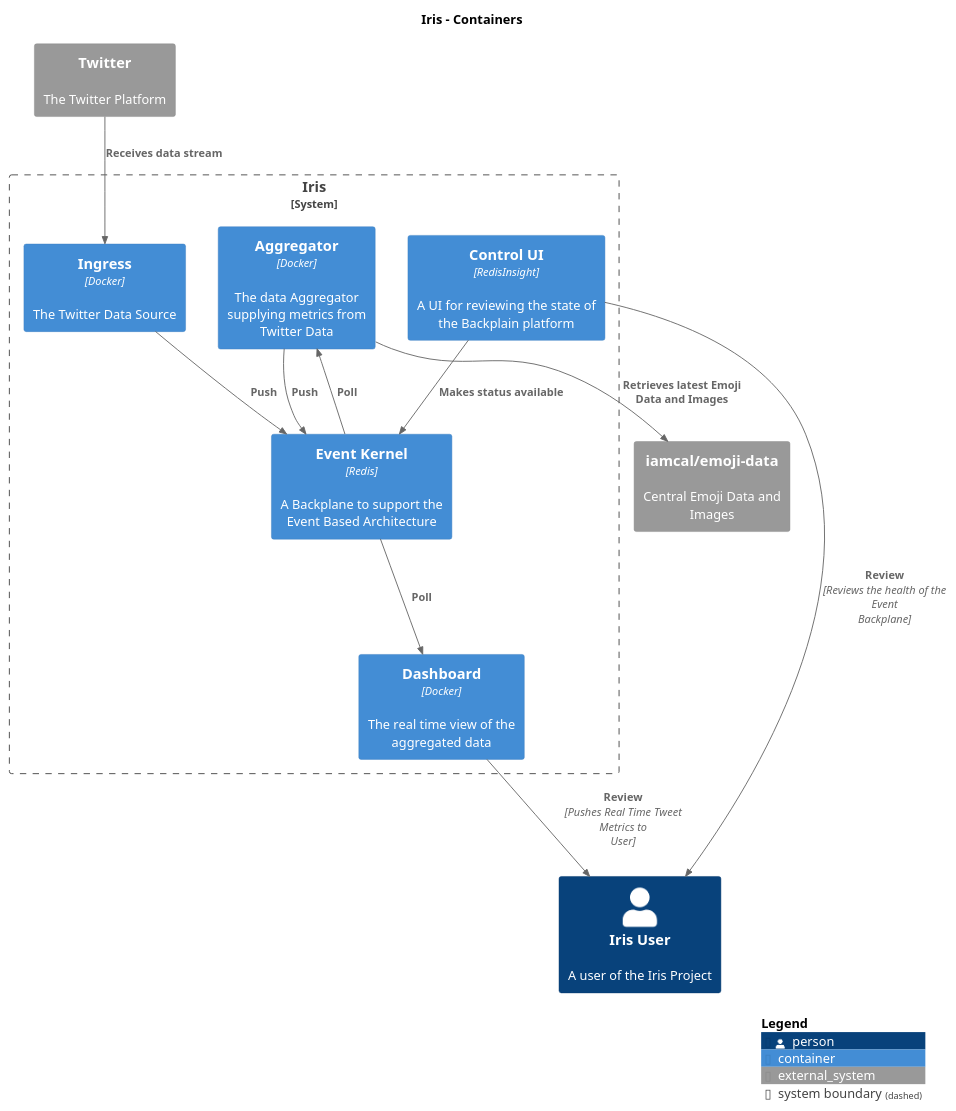
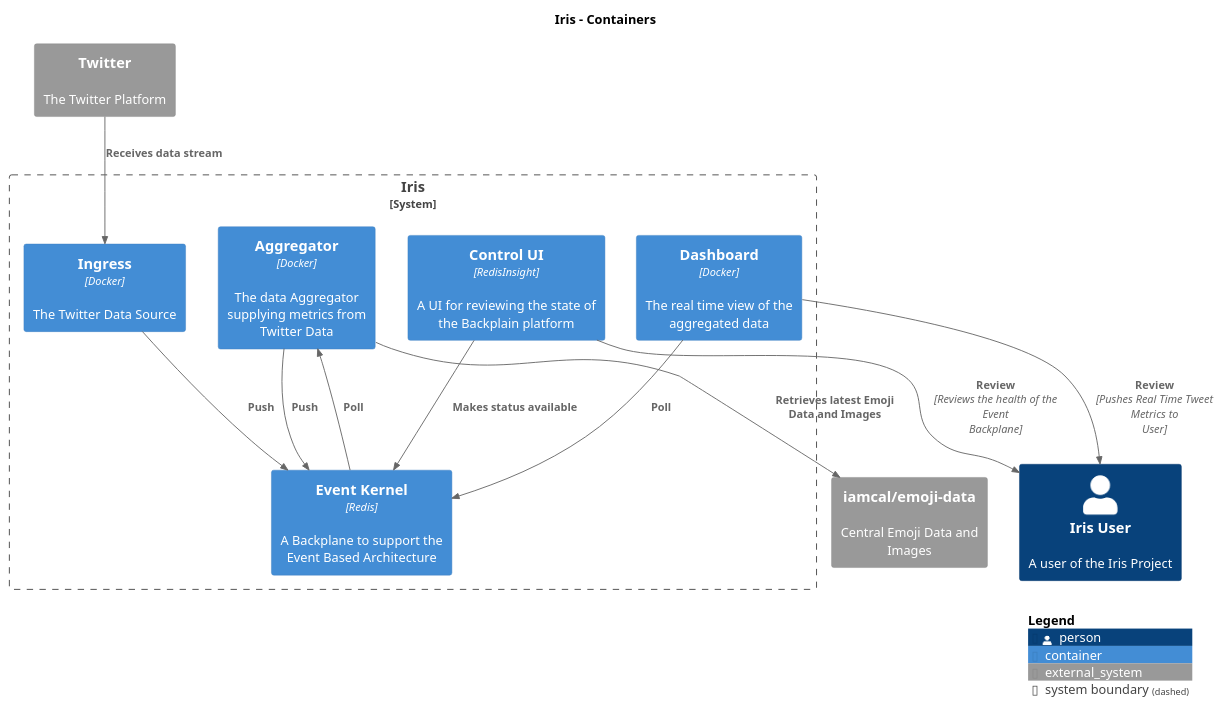
Before and after one commit to jbudbo/ProjectIris: the diagram in puml/structurizr-2-Iris-Container.puml, drawn with PlantUML.

```diff
--- a/puml/structurizr-2-Iris-Container.puml
+++ b/puml/structurizr-2-Iris-Container.puml
@@ -1,33 +1,33 @@
 @startuml
 title Iris - Containers
 
 top to bottom direction
 
 !include https://raw.githubusercontent.com/plantuml-stdlib/C4-PlantUML/master/C4.puml
 !include https://raw.githubusercontent.com/plantuml-stdlib/C4-PlantUML/master/C4_Context.puml
 !include https://raw.githubusercontent.com/plantuml-stdlib/C4-PlantUML/master/C4_Container.puml
 
 System_Ext(Twitter, "Twitter", "The Twitter Platform", $tags="")
 System_Ext(iamcalemojidata, "iamcal/emoji-data", "Central Emoji Data and Images", $tags="")[[https://github.com/iamcal/emoji-data]]
 Person(IrisUser, "Iris User", "A user of the Iris Project", $tags="")
 
 System_Boundary("Iris_boundary", "Iris") {
   Container(Iris.Aggregator, "Aggregator", "Docker", "The data Aggregator supplying metrics from Twitter Data", $tags="")
   Container(Iris.Dashboard, "Dashboard", "Docker", "The real time view of the aggregated data", $tags="")
   Container(Iris.ControlUI, "Control UI", "RedisInsight", "A UI for reviewing the state of the Backplain platform", $tags="")[[https://redis.com/redis-enterprise/redis-insight/]]
   Container(Iris.EventKernel, "Event Kernel", "Redis", "A Backplane to support the Event Based Architecture", $tags="")
   Container(Iris.Ingress, "Ingress", "Docker", "The Twitter Data Source", $tags="")
 }
 
 Rel_D(Twitter, Iris.Ingress, "Receives data stream", $tags="")
 Rel_D(Iris.Aggregator, iamcalemojidata, "Retrieves latest Emoji Data and Images", $tags="")
 Rel_D(Iris.Dashboard, IrisUser, "Review", "Pushes Real Time Tweet Metrics to User", $tags="")
 Rel_D(Iris.ControlUI, IrisUser, "Review", "Reviews the health of the Event Backplane", $tags="")
 Rel_D(Iris.ControlUI, Iris.EventKernel, "Makes status available", $tags="")
 Rel_D(Iris.Ingress, Iris.EventKernel, "Push", $tags="")
 Rel_D(Iris.EventKernel, Iris.Aggregator, "Poll", $tags="")
 Rel_D(Iris.Aggregator, Iris.EventKernel, "Push", $tags="")
-Rel_D(Iris.EventKernel, Iris.Dashboard, "Poll", $tags="")
+Rel_D(Iris.Dashboard, Iris.EventKernel, "Poll", $tags="")
 
 SHOW_LEGEND()
 @enduml
```
